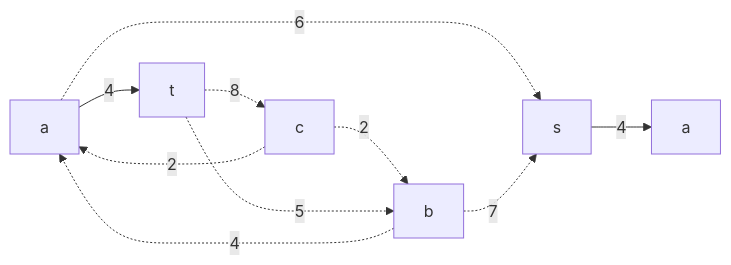
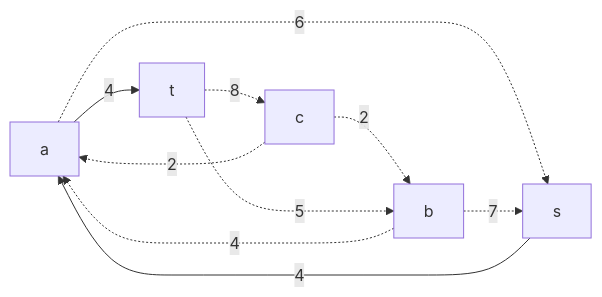
Before and after one commit to HSE-algo-23-owl/manual_tasks: the third of 11 diagrams in task_14/All_ca$h_14.md, drawn with Mermaid.

````diff
--- a/task_14/All_ca$h_14.md
+++ b/task_14/All_ca$h_14.md
@@ -46,13 +46,13 @@
 ```mermaid
 graph LR
     a-.->|6|s
     a-->|4|t
-    s-->|4|а
+    s-->|4|a
     b-.->|7|s
     b-.->|4|a
     c-.->|2|a
     c-.->|2|b
     t-.->|5|b
     t-.->|8|c
     
 ```
````
